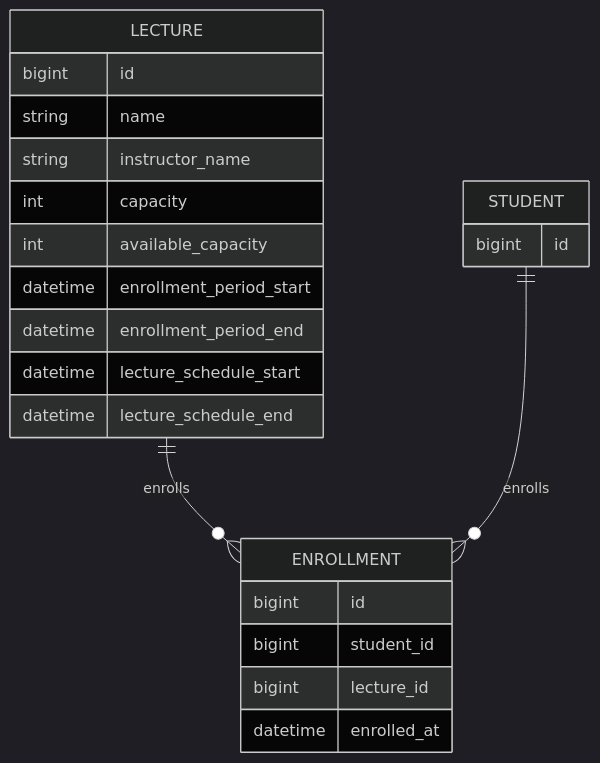
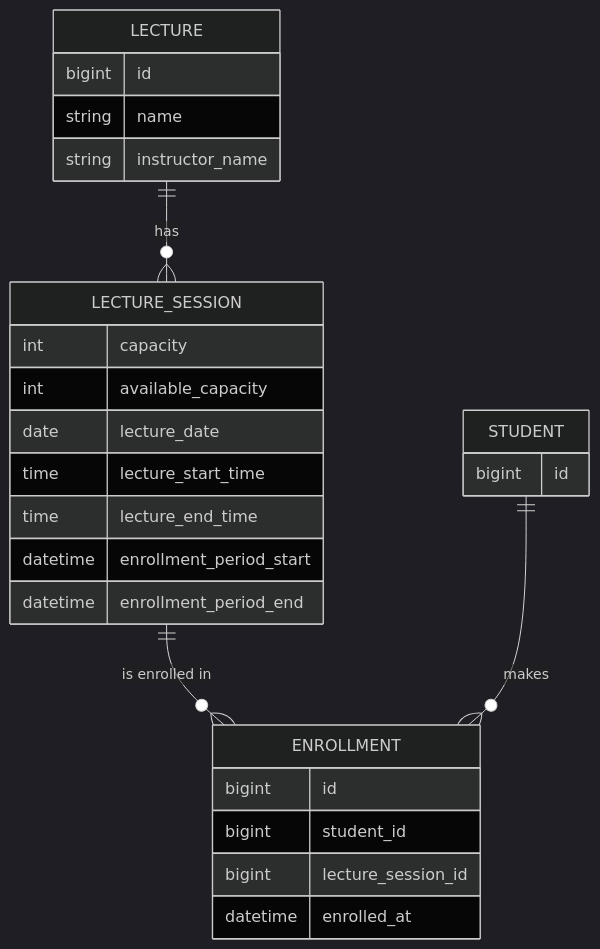
Before and after one commit to yuiyeong/week2_assignment: the second of 2 diagrams in README.md, drawn with Mermaid (dark theme). The commit also changed other lines of this file, not shown here.

Commit message:
Docs: 변경된 요구사항에 맞춰 도메인 모델과 ERD 수정

````diff
--- a/README.md
+++ b/README.md
@@ -86,28 +96,33 @@
 ```mermaid
 erDiagram
-    LECTURE ||--o{ ENROLLMENT: enrolls
-    STUDENT ||--o{ ENROLLMENT: enrolls
+    LECTURE ||--o{ LECTURE_SESSION: has
+    LECTURE_SESSION ||--o{ ENROLLMENT: "is enrolled in"
+    STUDENT ||--o{ ENROLLMENT: makes
 
     LECTURE {
         bigint id
         string name
         string instructor_name
+    }
+
+    LECTURE_SESSION {
         int capacity
         int available_capacity
+        date lecture_date
+        time lecture_start_time
+        time lecture_end_time
         datetime enrollment_period_start
         datetime enrollment_period_end
-        datetime lecture_schedule_start
-        datetime lecture_schedule_end
     }
 
     ENROLLMENT {
         bigint id
         bigint student_id
-        bigint lecture_id
+        bigint lecture_session_id
         datetime enrolled_at
     }
 
     STUDENT {
         bigint id
     }
 ```
````
